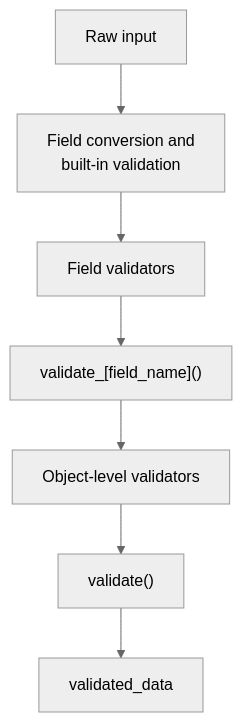
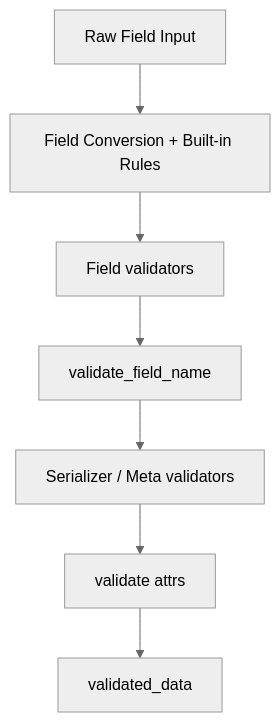
One commit to AvadhBhalodiya/Interview-Preparation changed the fourth of 4 diagrams in src/content/drf/serializers.md. Above: the diagram before and after it, drawn with Mermaid (neutral theme). The commit also changed other lines of this file and 80 other files, not shown here.

````diff
--- a/src/content/drf/serializers.md
+++ b/src/content/drf/serializers.md
@@ -496,9 +347,9 @@
 ```mermaid
 flowchart TD
-    A[Raw input] --> B[Field conversion and<br/>built-in validation]
+    A[Raw Field Input] --> B[Field Conversion + Built-in Rules]
     B --> C[Field validators]
-    C --> D["validate_[field_name]()"]
-    D --> E[Object-level validators]
-    E --> F["validate()"]
+    C --> D[validate_field_name]
+    D --> E[Serializer / Meta validators]
+    E --> F[validate attrs]
     F --> G[validated_data]
 ```
````
